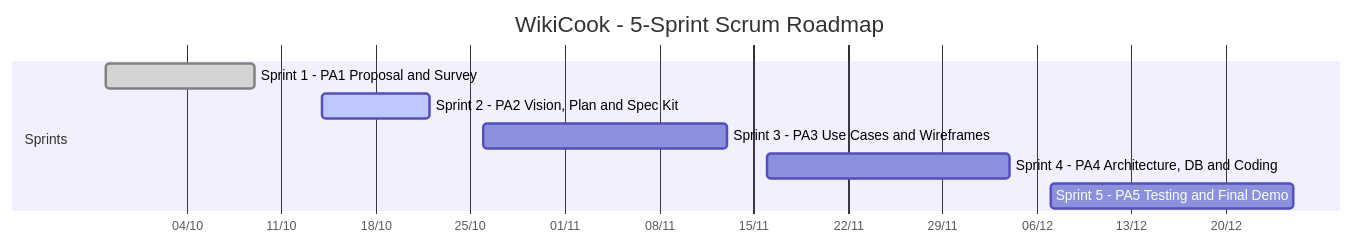
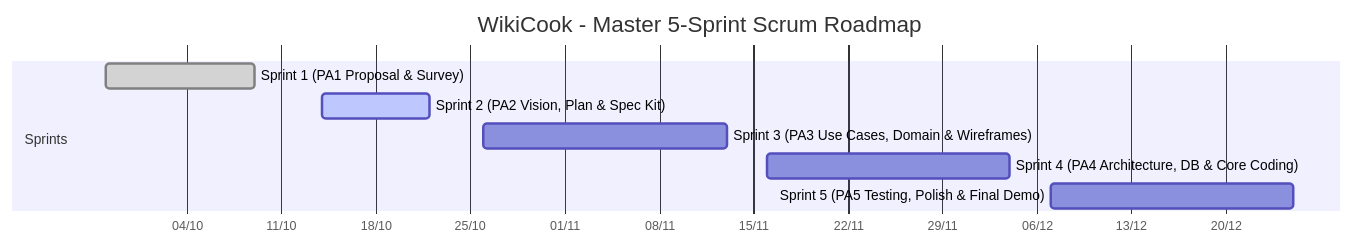
Before and after one commit to ThanhDu14/WikiCook: the second of 5 diagrams in docs/management/project-plan.md, drawn with Mermaid. The commit also changed other lines of this file, not shown here.

Commit message:
docs(management): solve conflict in project-plan.md

````diff
--- a/docs/management/project-plan.md
+++ b/docs/management/project-plan.md
@@ -360,12 +266,12 @@
 ```mermaid
 gantt
-    title WikiCook - 5-Sprint Scrum Roadmap
+    title WikiCook - Master 5-Sprint Scrum Roadmap
     dateFormat YYYY-MM-DD
     axisFormat %d/%m
     section Sprints
-    Sprint 1 - PA1 Proposal and Survey           :done,   s1, 2026-09-28, 2026-10-09
-    Sprint 2 - PA2 Vision, Plan and Spec Kit     :active, s2, 2026-10-14, 2026-10-22
-    Sprint 3 - PA3 Use Cases and Wireframes      :        s3, 2026-10-26, 2026-11-13
-    Sprint 4 - PA4 Architecture, DB and Coding   :        s4, 2026-11-16, 2026-12-04
-    Sprint 5 - PA5 Testing and Final Demo        :        s5, 2026-12-07, 2026-12-25
+    Sprint 1 (PA1 Proposal & Survey)              :done,   s1, 2026-09-28, 2026-10-09
+    Sprint 2 (PA2 Vision, Plan & Spec Kit)        :active, s2, 2026-10-14, 2026-10-22
+    Sprint 3 (PA3 Use Cases, Domain & Wireframes) :        s3, 2026-10-26, 2026-11-13
+    Sprint 4 (PA4 Architecture, DB & Core Coding) :        s4, 2026-11-16, 2026-12-04
+    Sprint 5 (PA5 Testing, Polish & Final Demo)   :        s5, 2026-12-07, 2026-12-25
 ```
````
